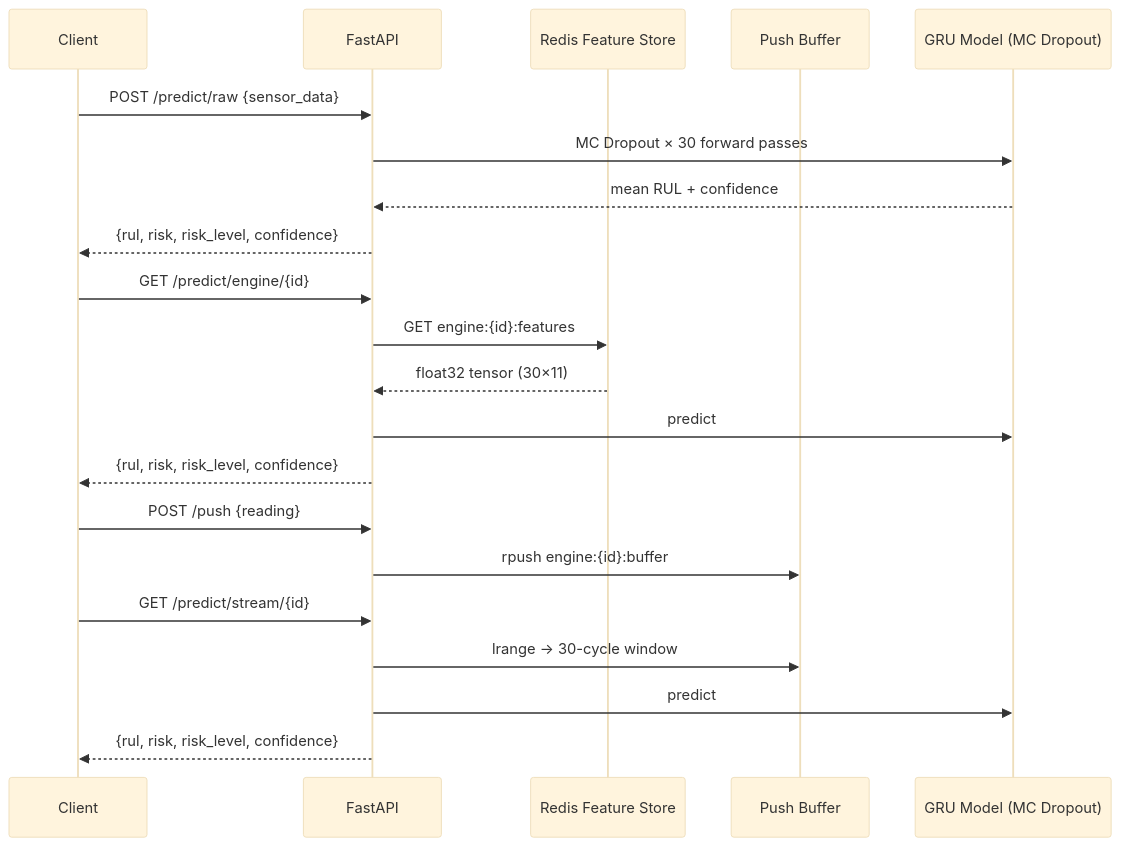
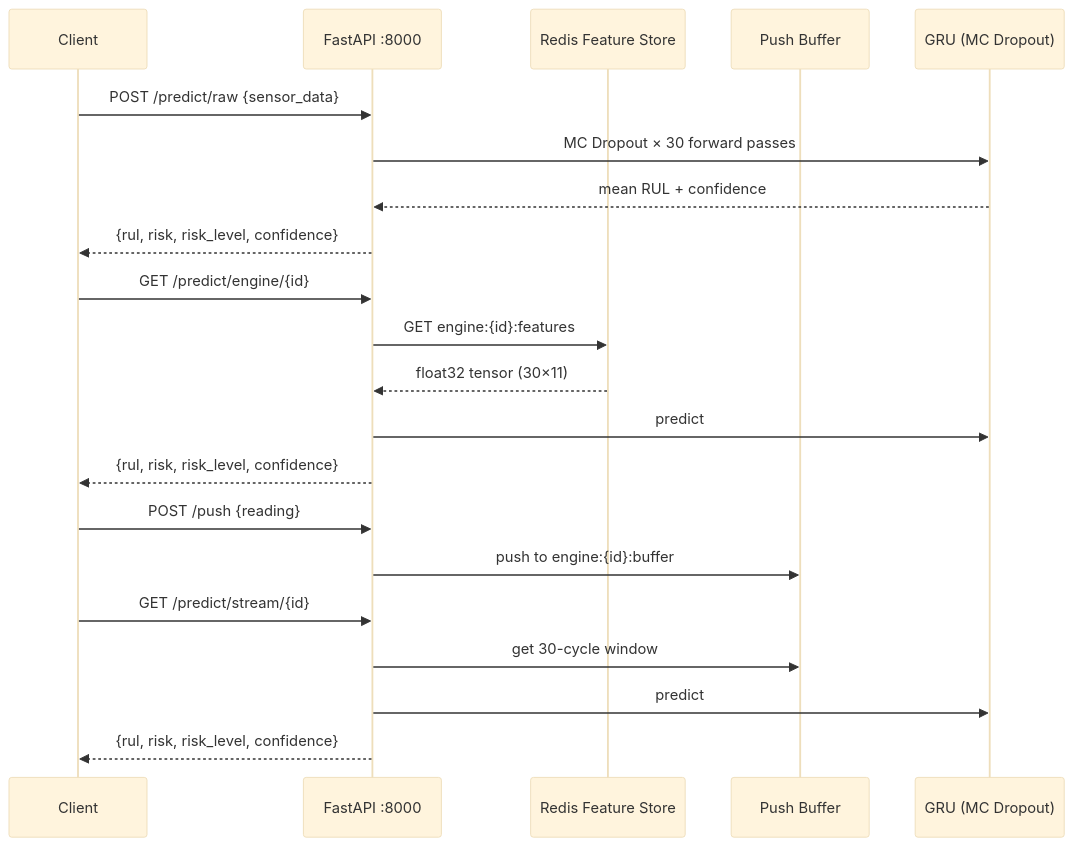
The first of 3 diagrams in docs/05_inference_service.md (nasim-raj-laskar/Real-Time-Aircraft-Engine-Predictive-Maintenance-System), drawn with Mermaid (base theme) before and after one commit. The commit also changed other lines of this file and 11 other files, not shown here.

````diff
--- a/docs/05_inference_service.md
+++ b/docs/05_inference_service.md
@@ -7,26 +7,26 @@
 ```mermaid
 sequenceDiagram
     participant Client
-    participant API as FastAPI
+    participant API as FastAPI :8000
     participant Redis as Redis Feature Store
     participant Buffer as Push Buffer
-    participant Model as GRU Model (MC Dropout)
+    participant Model as GRU (MC Dropout)
 
     Client->>API: POST /predict/raw {sensor_data}
     API->>Model: MC Dropout × 30 forward passes
     Model-->>API: mean RUL + confidence
     API-->>Client: {rul, risk, risk_level, confidence}
 
     Client->>API: GET /predict/engine/{id}
     API->>Redis: GET engine:{id}:features
     Redis-->>API: float32 tensor (30×11)
     API->>Model: predict
     API-->>Client: {rul, risk, risk_level, confidence}
 
     Client->>API: POST /push {reading}
-    API->>Buffer: rpush engine:{id}:buffer
+    API->>Buffer: push to engine:{id}:buffer
     Client->>API: GET /predict/stream/{id}
-    API->>Buffer: lrange → 30-cycle window
+    API->>Buffer: get 30-cycle window
     API->>Model: predict
     API-->>Client: {rul, risk, risk_level, confidence}
 ```
````
